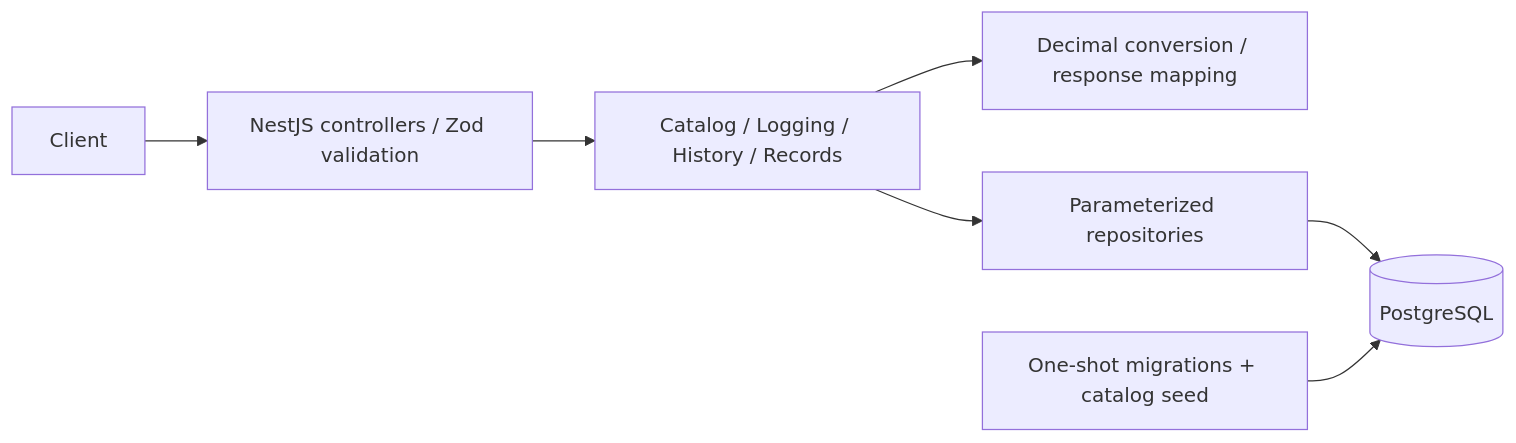
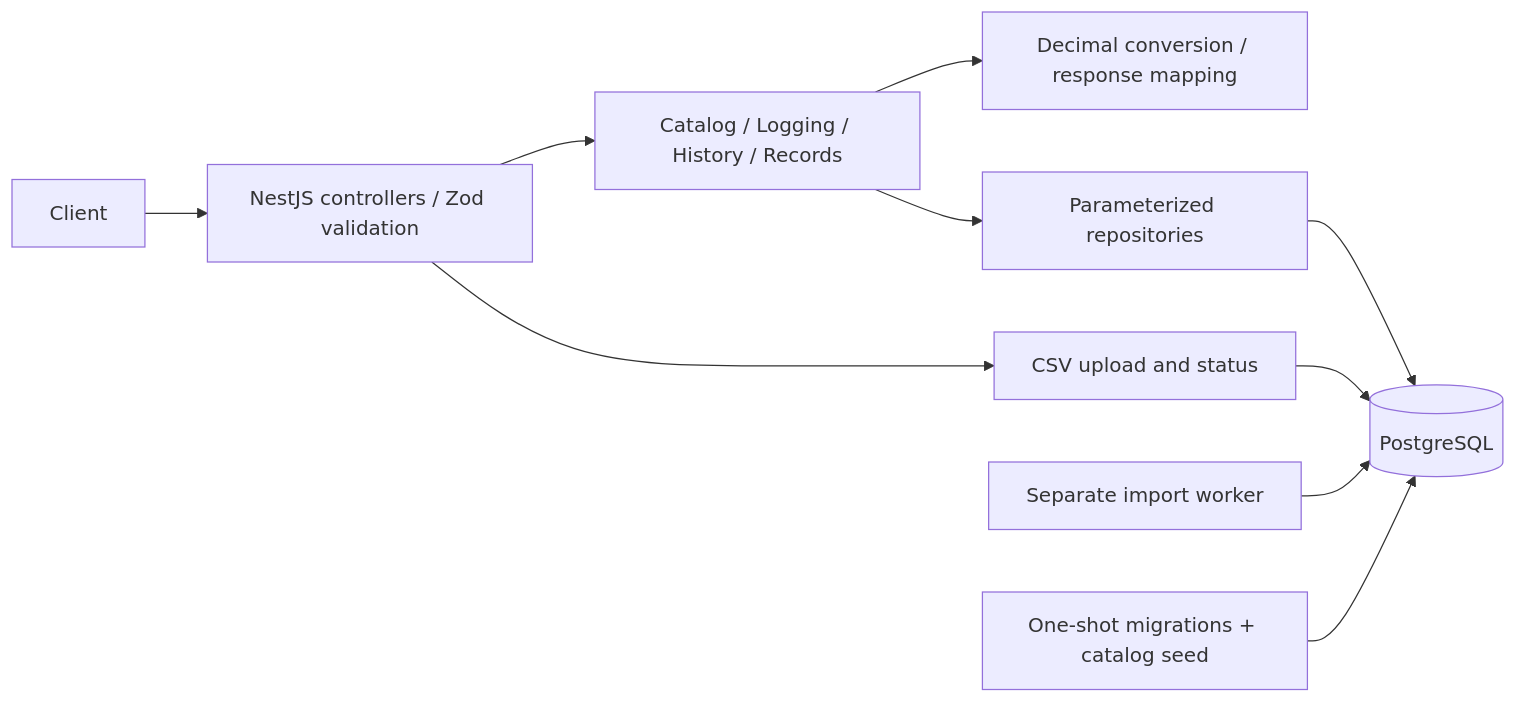
One commit to phuoctrung-ppt/everfit-assignment changed the diagram in README.md. Above: the diagram before and after it, drawn with Mermaid. The commit also changed other lines of this file and 6 other files, not shown here.

Commit message:
test: cover all controllers with CSV import smoke flow

````diff
--- a/README.md
+++ b/README.md
@@ -7,9 +7,12 @@
 ```mermaid
 flowchart LR
     Client --> HTTP[NestJS controllers / Zod validation]
     HTTP --> Services[Catalog / Logging / History / Records]
     Services --> Units[Decimal conversion / response mapping]
     Services --> SQL[Parameterized repositories]
     SQL --> PG[(PostgreSQL)]
+    HTTP --> Imports[CSV upload and status]
+    Imports --> PG
+    Worker[Separate import worker] --> PG
     Init[One-shot migrations + catalog seed] --> PG
 ```
````
